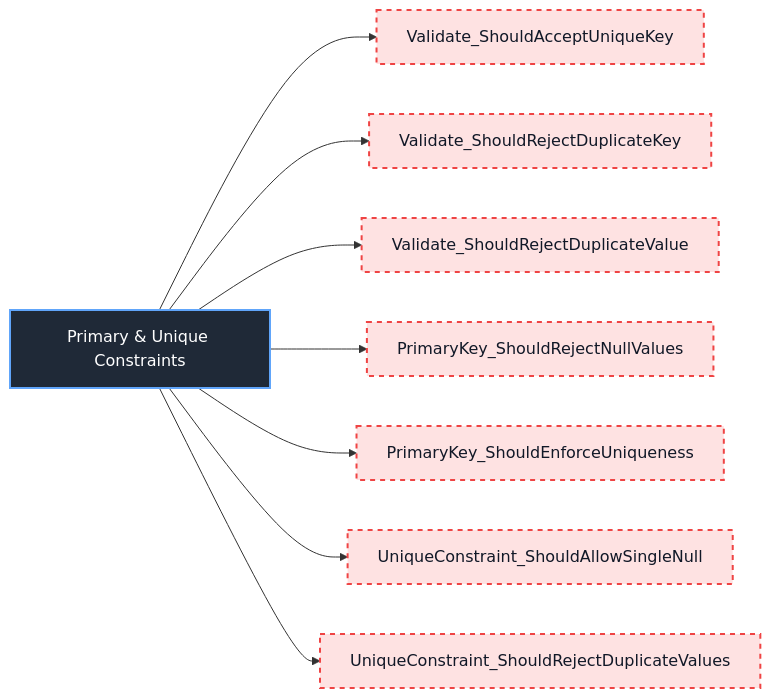
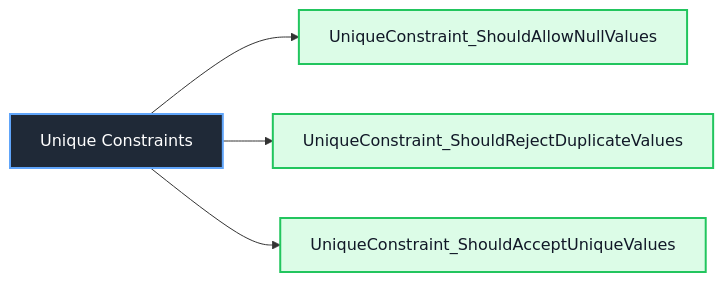
Before and after one commit to Hagiakhanh/bbv-dbms: diagram 13 of 53 in docs/sequence-diagrams/README.md, drawn with Mermaid. The commit also changed other lines of this file and 7 other files, not shown here.

Commit message:
test: add primary and unique constraints unit test

````diff
--- a/docs/sequence-diagrams/README.md
+++ b/docs/sequence-diagrams/README.md
@@ -510,19 +570,15 @@
 ```mermaid
 flowchart LR
-    ClassNode["Primary & Unique Constraints"]
+    ClassNode["Unique Constraints"]
 
-    ClassNode --> Primary___Unique_Constraints_1["Validate_ShouldAcceptUniqueKey"]
-    ClassNode --> Primary___Unique_Constraints_2["Validate_ShouldRejectDuplicateKey"]
-    ClassNode --> Primary___Unique_Constraints_3["Validate_ShouldRejectDuplicateValue"]
-    ClassNode --> Primary___Unique_Constraints_4["PrimaryKey_ShouldRejectNullValues"]
-    ClassNode --> Primary___Unique_Constraints_5["PrimaryKey_ShouldEnforceUniqueness"]
-    ClassNode --> Primary___Unique_Constraints_6["UniqueConstraint_ShouldAllowSingleNull"]
-    ClassNode --> Primary___Unique_Constraints_7["UniqueConstraint_ShouldRejectDuplicateValues"]
+    ClassNode --> Unique_Constraints_1["UniqueConstraint_ShouldAllowNullValues"]
+    ClassNode --> Unique_Constraints_2["UniqueConstraint_ShouldRejectDuplicateValues"]
+    ClassNode --> Unique_Constraints_3["UniqueConstraint_ShouldAcceptUniqueValues"]
 
     classDef classNode fill:#1f2937,stroke:#60a5fa,color:#ffffff,stroke-width:2px
     classDef completedTest fill:#dcfce7,stroke:#22c55e,color:#111827,stroke-width:2px
     classDef missingTest fill:#fee2e2,stroke:#ef4444,color:#111827,stroke-width:2px,stroke-dasharray:5 5
 
     class ClassNode classNode
-    class Primary___Unique_Constraints_1,Primary___Unique_Constraints_2,Primary___Unique_Constraints_3,Primary___Unique_Constraints_4,Primary___Unique_Constraints_5,Primary___Unique_Constraints_6,Primary___Unique_Constraints_7 missingTest
+    class Unique_Constraints_1,Unique_Constraints_2,Unique_Constraints_3 completedTest
 ```
````
